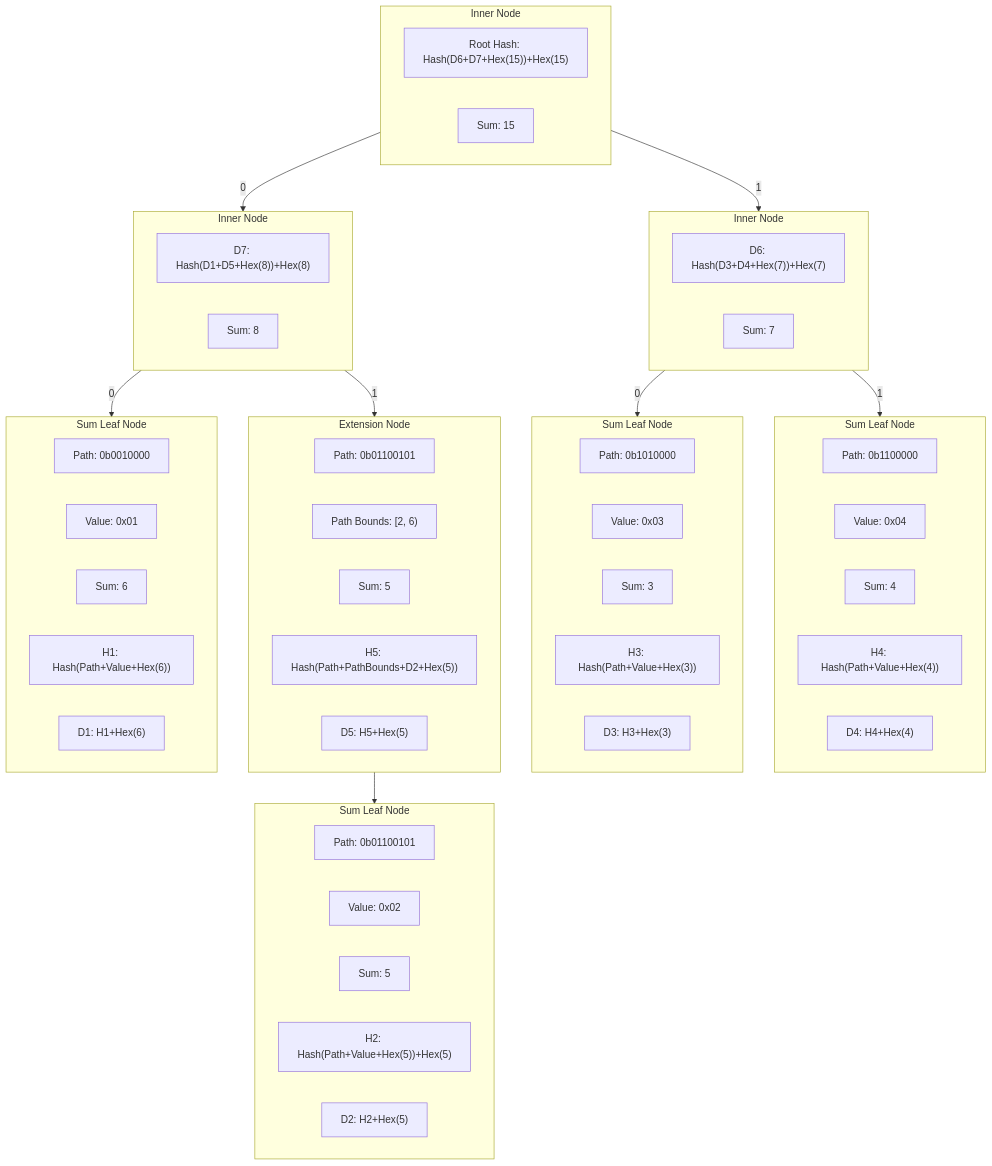
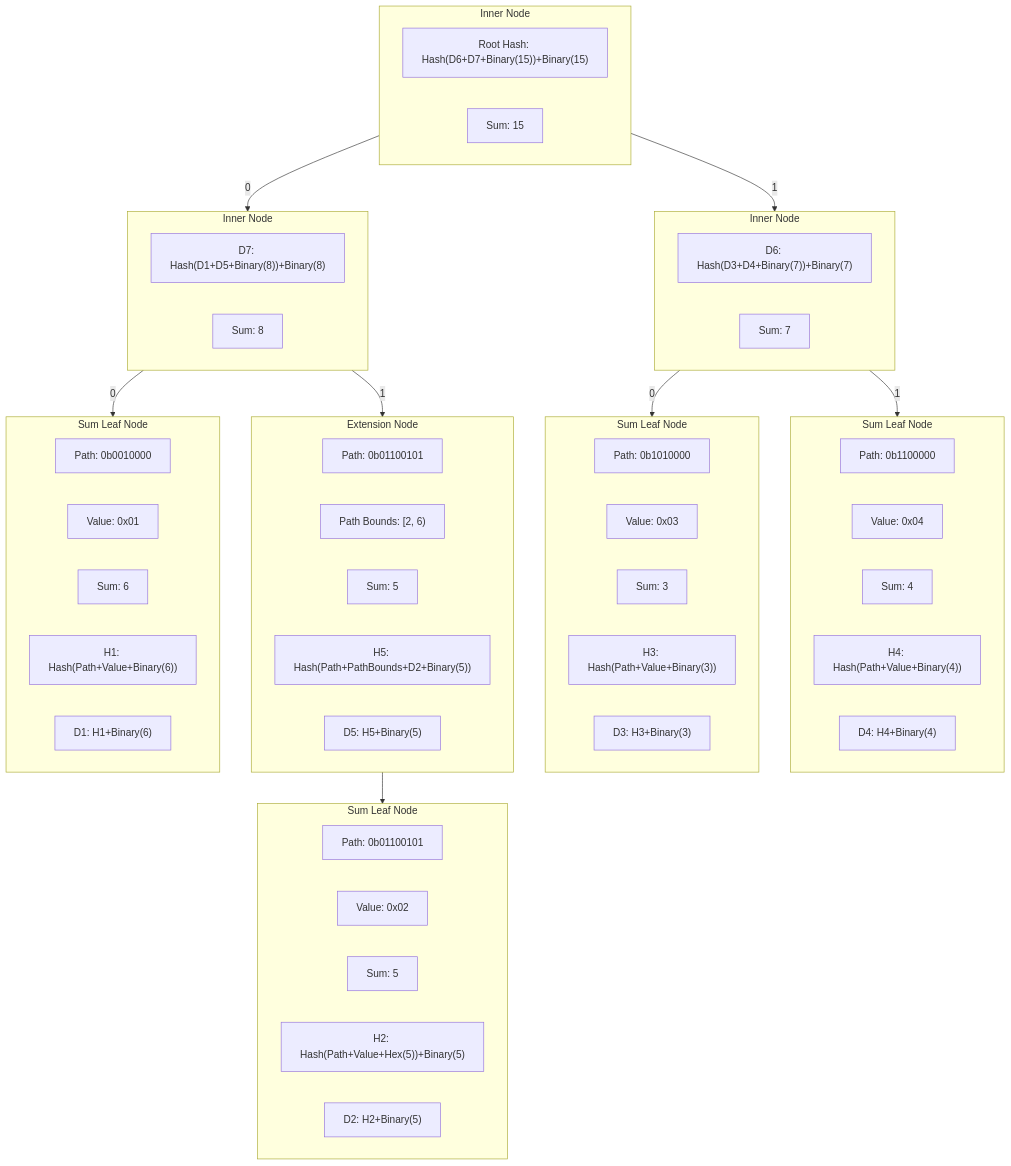
One commit to pokt-network/smt changed the second of 2 diagrams in MerkleSumTree.md. Above: the diagram before and after it, drawn with Mermaid. The commit also changed other lines of this file and 1 other file, not shown here.

Commit message:
Replace references to hex with binary encoding

````diff
--- a/MerkleSumTree.md
+++ b/MerkleSumTree.md
@@ -112,57 +117,57 @@
 ```mermaid
 graph TB
 	subgraph RI[Inner Node]
-		RIA["Root Hash: Hash(D6+D7+Hex(15))+Hex(15)"]
+		RIA["Root Hash: Hash(D6+D7+Binary(15))+Binary(15)"]
         RIB[Sum: 15]
 	end
 	subgraph I1[Inner Node]
-		I1A["D7: Hash(D1+D5+Hex(8))+Hex(8)"]
+		I1A["D7: Hash(D1+D5+Binary(8))+Binary(8)"]
         I1B[Sum: 8]
 	end
 	subgraph I2[Inner Node]
-		I2A["D6: Hash(D3+D4+Hex(7))+Hex(7)"]
+		I2A["D6: Hash(D3+D4+Binary(7))+Binary(7)"]
         I2B[Sum: 7]
 	end
 	subgraph L1[Sum Leaf Node]
 		L1A[Path: 0b0010000]
 		L1B[Value: 0x01]
         L1C[Sum: 6]
-        L1D["H1: Hash(Path+Value+Hex(6))"]
-        L1E["D1: H1+Hex(6)"]
+        L1D["H1: Hash(Path+Value+Binary(6))"]
+        L1E["D1: H1+Binary(6)"]
 	end
 	subgraph L3[Sum Leaf Node]
 		L3A[Path: 0b1010000]
 		L3B[Value: 0x03]
         L3C[Sum: 3]
-        L3D["H3: Hash(Path+Value+Hex(3))"]
-        L3E["D3: H3+Hex(3)"]
+        L3D["H3: Hash(Path+Value+Binary(3))"]
+        L3E["D3: H3+Binary(3)"]
 	end
 	subgraph L4[Sum Leaf Node]
 		L4A[Path: 0b1100000]
 		L4B[Value: 0x04]
         L4C[Sum: 4]
-        L4D["H4: Hash(Path+Value+Hex(4))"]
-        L4E["D4: H4+Hex(4)"]
+        L4D["H4: Hash(Path+Value+Binary(4))"]
+        L4E["D4: H4+Binary(4)"]
 	end
 	subgraph E1[Extension Node]
 		E1A[Path: 0b01100101]
 		E1B["Path Bounds: [2, 6)"]
         E1C[Sum: 5]
-        E1D["H5: Hash(Path+PathBounds+D2+Hex(5))"]
-        E1E["D5: H5+Hex(5)"]
+        E1D["H5: Hash(Path+PathBounds+D2+Binary(5))"]
+        E1E["D5: H5+Binary(5)"]
 	end
 	subgraph L2[Sum Leaf Node]
 		L2A[Path: 0b01100101]
 		L2B[Value: 0x02]
         L2C[Sum: 5]
-        L2D["H2: Hash(Path+Value+Hex(5))+Hex(5)"]
-        L2E["D2: H2+Hex(5)"]
+        L2D["H2: Hash(Path+Value+Hex(5))+Binary(5)"]
+        L2E["D2: H2+Binary(5)"]
 	end
 	RI -->|0| I1
 	RI -->|1| I2
 	I1 -->|0| L1
 	I1 -->|1| E1
 	E1 --> L2
 	I2 -->|0| L3
 	I2 -->|1| L4
 ```
````
